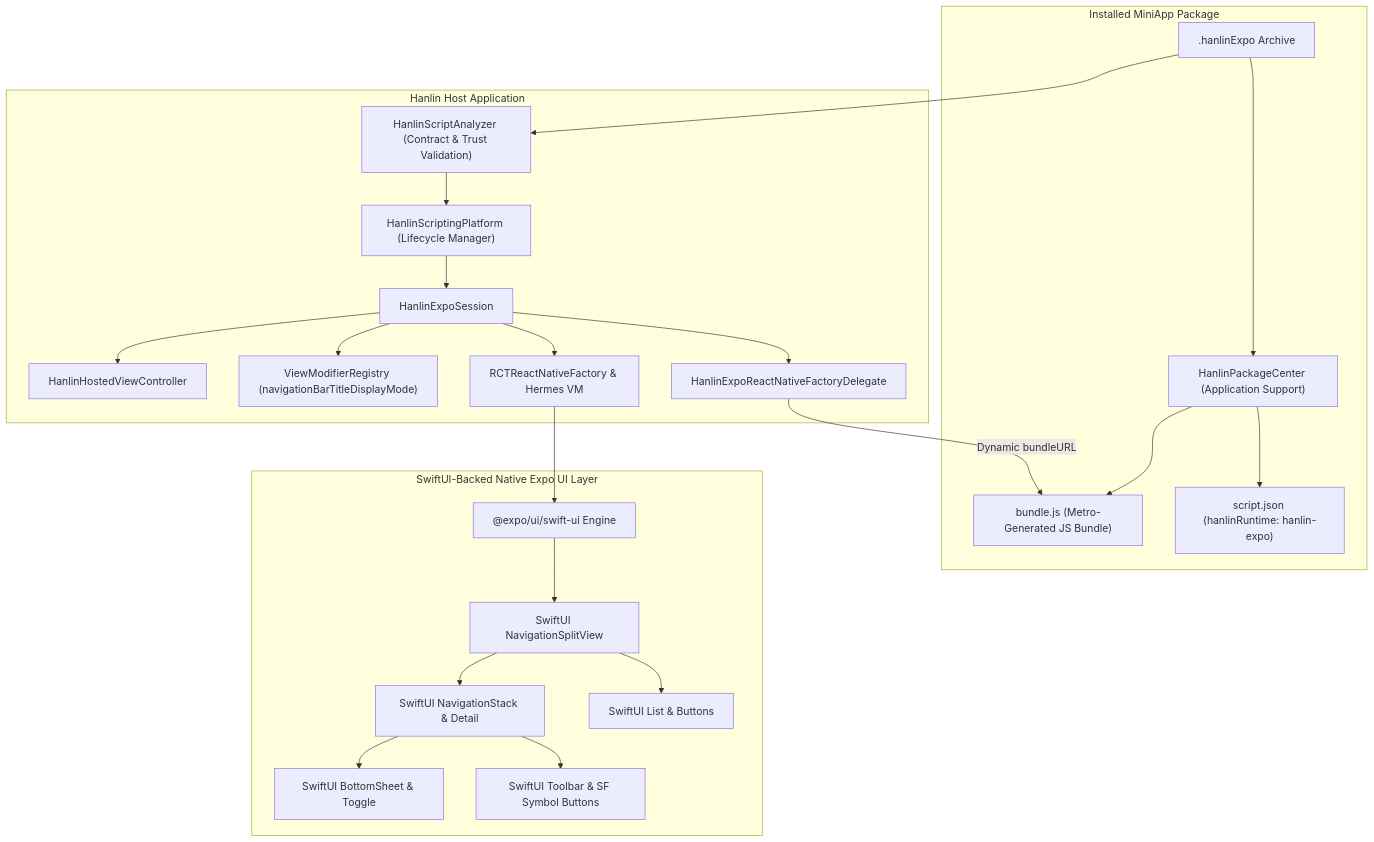
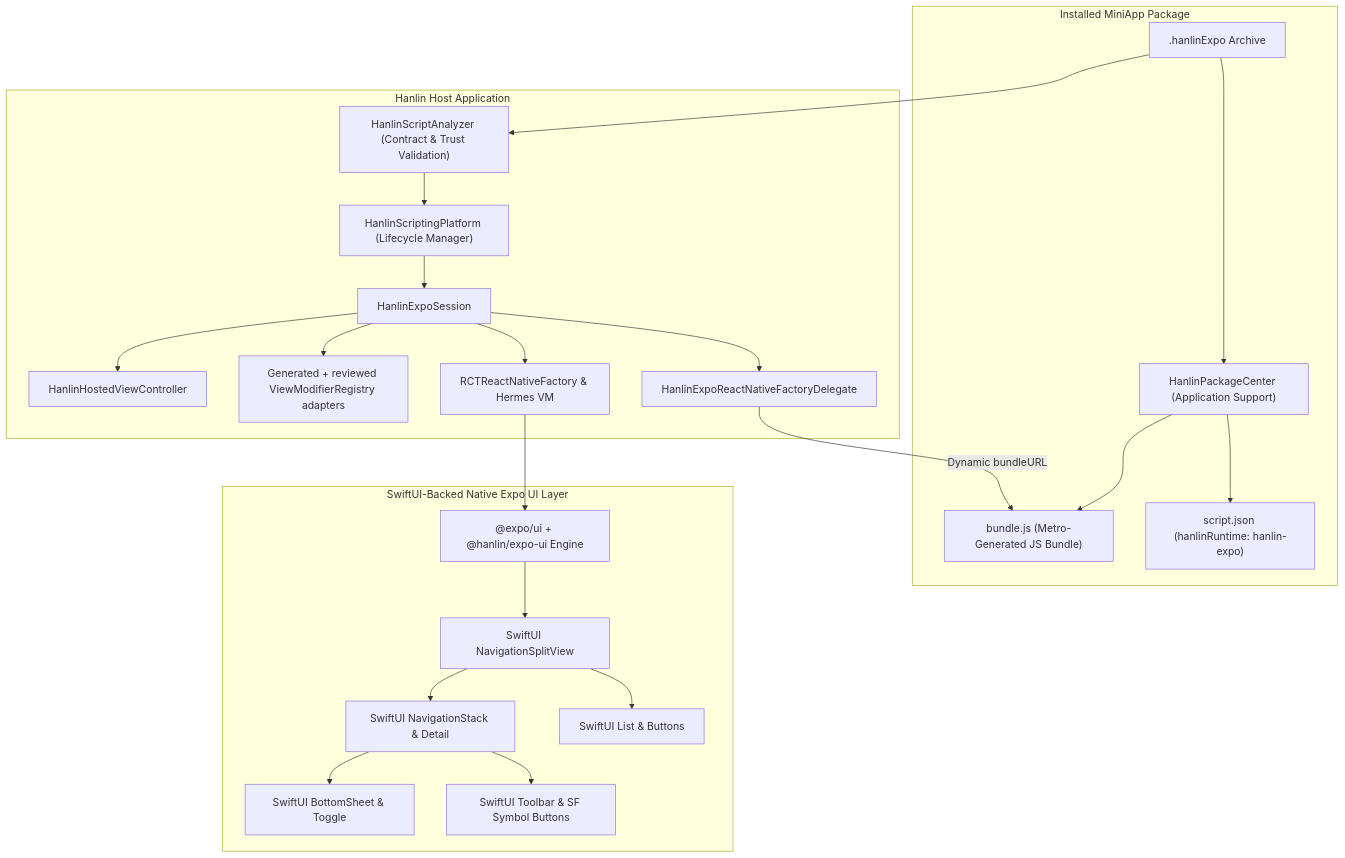
The diagram in docs/hanlin-expo-runtime.md (davidpovarsky/hanlin-ai), drawn with Mermaid before and after one commit. The commit also changed other lines of this file and 61 other files, not shown here.

````diff
--- a/docs/hanlin-expo-runtime.md
+++ b/docs/hanlin-expo-runtime.md
@@ -14,42 +14,42 @@
 ```mermaid
 flowchart TD
     subgraph Package [Installed MiniApp Package]
         Zip[".hanlinExpo Archive"] --> Store["HanlinPackageCenter (Application Support)"]
         Store --> ScriptJSON["script.json (hanlinRuntime: hanlin-expo)"]
         Store --> JSBundle["bundle.js (Metro-Generated JS Bundle)"]
     end
 
     subgraph Host [Hanlin Host Application]
         Analyzer["HanlinScriptAnalyzer (Contract & Trust Validation)"]
         Platform["HanlinScriptingPlatform (Lifecycle Manager)"]
         Session["HanlinExpoSession"]
         Delegate["HanlinExpoReactNativeFactoryDelegate"]
         Factory["RCTReactNativeFactory & Hermes VM"]
-        ModifierReg["ViewModifierRegistry (navigationBarTitleDisplayMode)"]
+        ModifierReg["Generated + reviewed ViewModifierRegistry adapters"]
         HostedVC["HanlinHostedViewController"]
     end
 
     subgraph AppleUI [SwiftUI-Backed Native Expo UI Layer]
-        ExpoUI["@expo/ui/swift-ui Engine"]
+        ExpoUI["@expo/ui + @hanlin/expo-ui Engine"]
         SplitView["SwiftUI NavigationSplitView"]
         Sidebar["SwiftUI List & Buttons"]
         Detail["SwiftUI NavigationStack & Detail"]
         Toolbar["SwiftUI Toolbar & SF Symbol Buttons"]
         Sheet["SwiftUI BottomSheet & Toggle"]
     end
 
     Zip --> Analyzer
     Analyzer --> Platform
     Platform --> Session
     Session --> Delegate
     Delegate -->|Dynamic bundleURL| JSBundle
     Session --> Factory
     Session --> ModifierReg
     Factory --> ExpoUI
     ExpoUI --> SplitView
     SplitView --> Sidebar
     SplitView --> Detail
     Detail --> Toolbar
     Detail --> Sheet
     Session --> HostedVC
 ```
````
